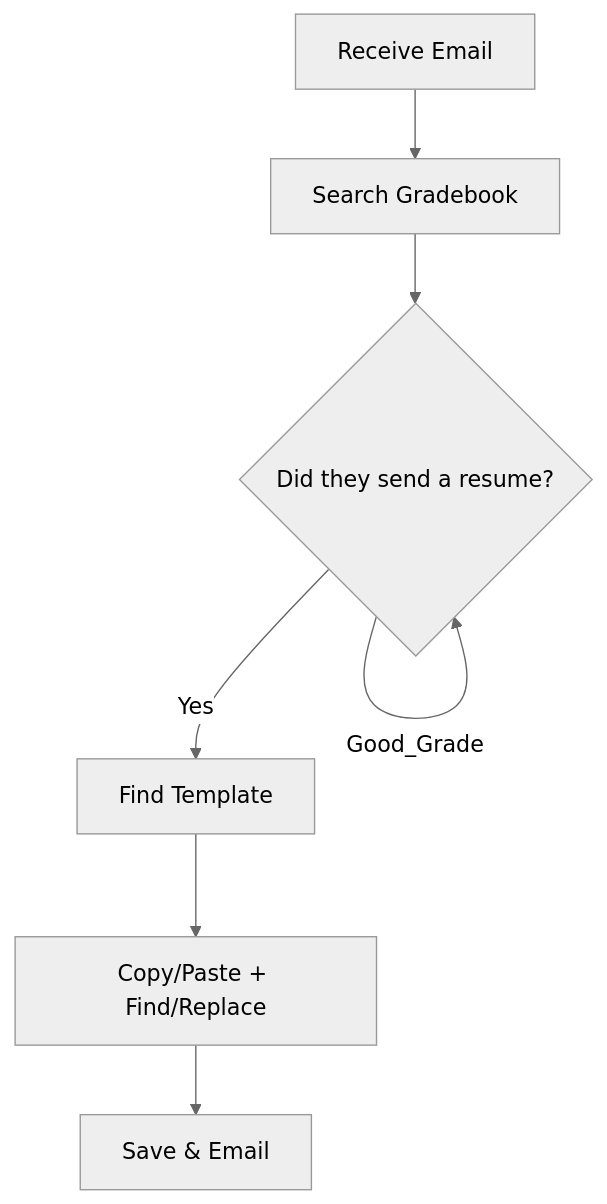
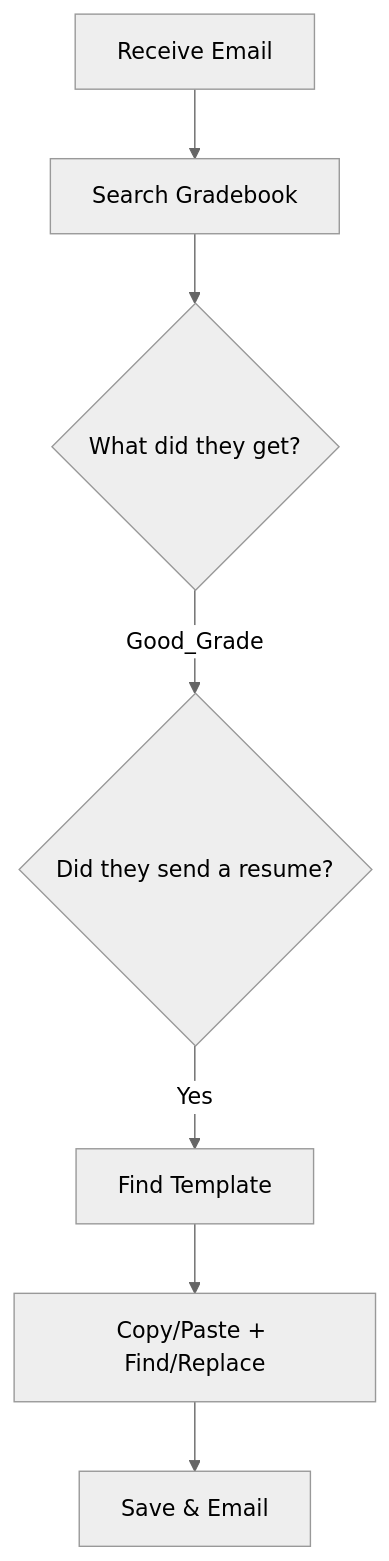
The diagram in week2/mvw_example.md (DrJieTao/data6900), drawn with Mermaid (neutral theme) before and after one commit.

Commit message:
Refactor decision nodes in mermaid diagram

````diff
--- a/week2/mvw_example.md
+++ b/week2/mvw_example.md
@@ -1,9 +1,9 @@
 ```mermaid
 graph TD
     Trigger[Receive Email] --> Step1[Search Gradebook]
-    Step1 --> Decision{"What did they get?"}
-    Decision --Good_Grade--> Decision{"Did they send a resume?"}
-    Decision --Yes--> Step2[Find Template]
+    Step1 --> Decision1{"What did they get?"}
+    Decision1 --Good_Grade--> Decision2{"Did they send a resume?"}
+    Decision2 --Yes--> Step2[Find Template]
     Step2 --> PainPoint[Copy/Paste + Find/Replace]
     PainPoint --> Step3[Save & Email]
 ```
````
